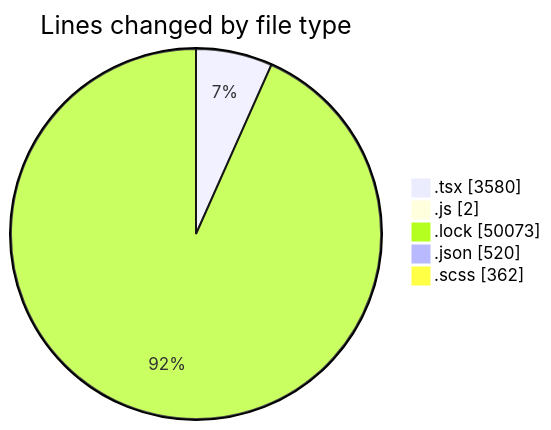
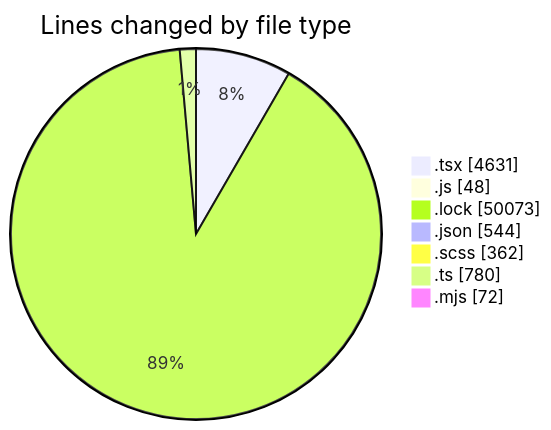
The first of 2 diagrams in 2026-05-15/cda/README.md (momahboobian/code-tracking), drawn with Mermaid before and after one commit. The commit also changed other lines of this file and 1 other file, not shown here.

````diff
--- a/2026-05-15/cda/README.md
+++ b/2026-05-15/cda/README.md
@@ -47,9 +63,11 @@
 ```mermaid
 pie showData
 title Lines changed by file type
-".tsx" : 3580
-".js" : 2
+".tsx" : 4631
+".js" : 48
 ".lock" : 50073
-".json" : 520
+".json" : 544
 ".scss" : 362
+".ts" : 780
+".mjs" : 72
 ```
````
